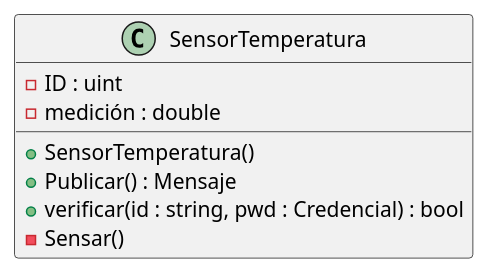
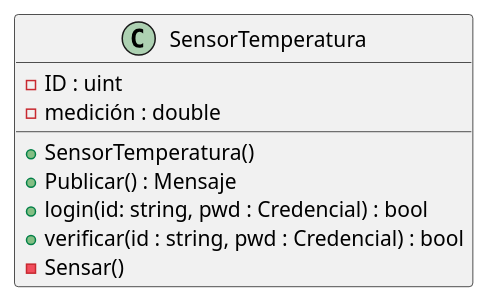
One commit to diegosanchez/invap-modulo-uml changed the first of 2 diagrams in diagramas/clases/clase_sensor_temperatura.plantuml. Above: the diagram before and after it, drawn with PlantUML. The commit also changed 16 other files, not shown here.

```diff
--- a/diagramas/clases/clase_sensor_temperatura.plantuml
+++ b/diagramas/clases/clase_sensor_temperatura.plantuml
@@ -1,17 +1,18 @@
 @startuml
 
 /'
 ' skinparam classAttributeIconSize 0
 '/
 
 class SensorTemperatura {
         - ID : uint
         - medición : double
 
         + SensorTemperatura()
         + Publicar() : Mensaje
+        + login(id: string, pwd : Credencial) : bool
         + verificar(id : string, pwd : Credencial) : bool
         - Sensar()
 }
 
 @enduml
```
